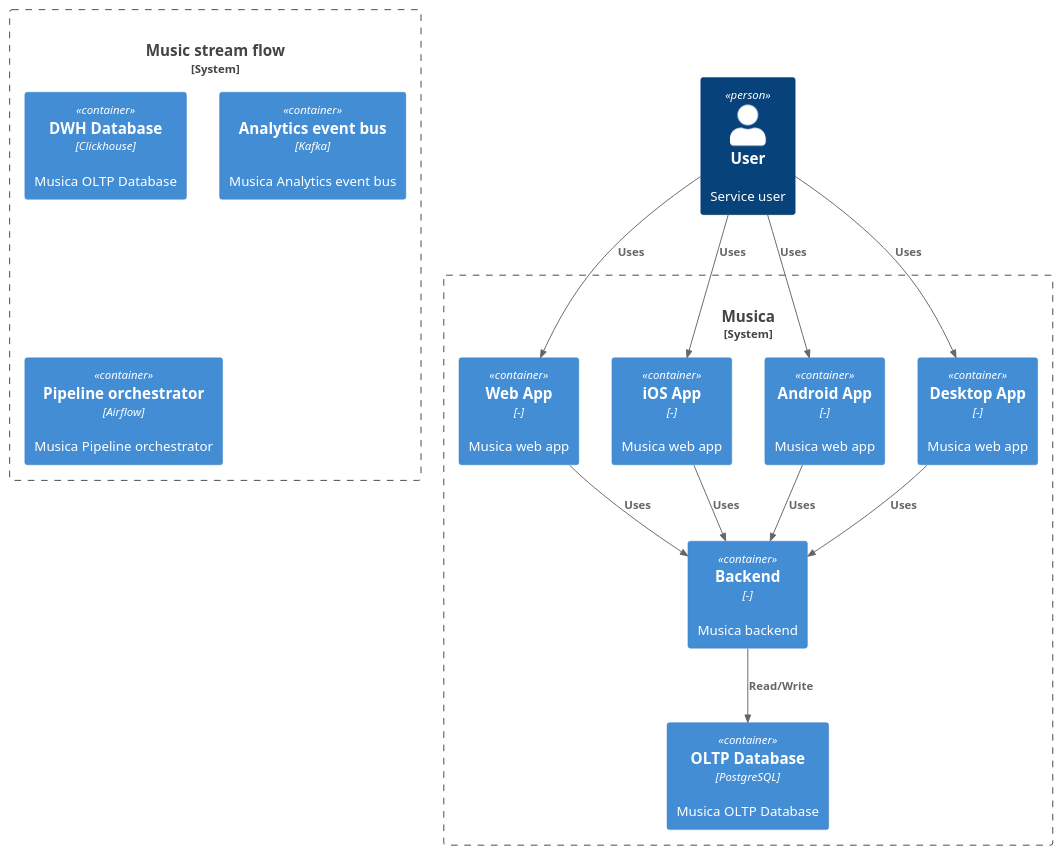
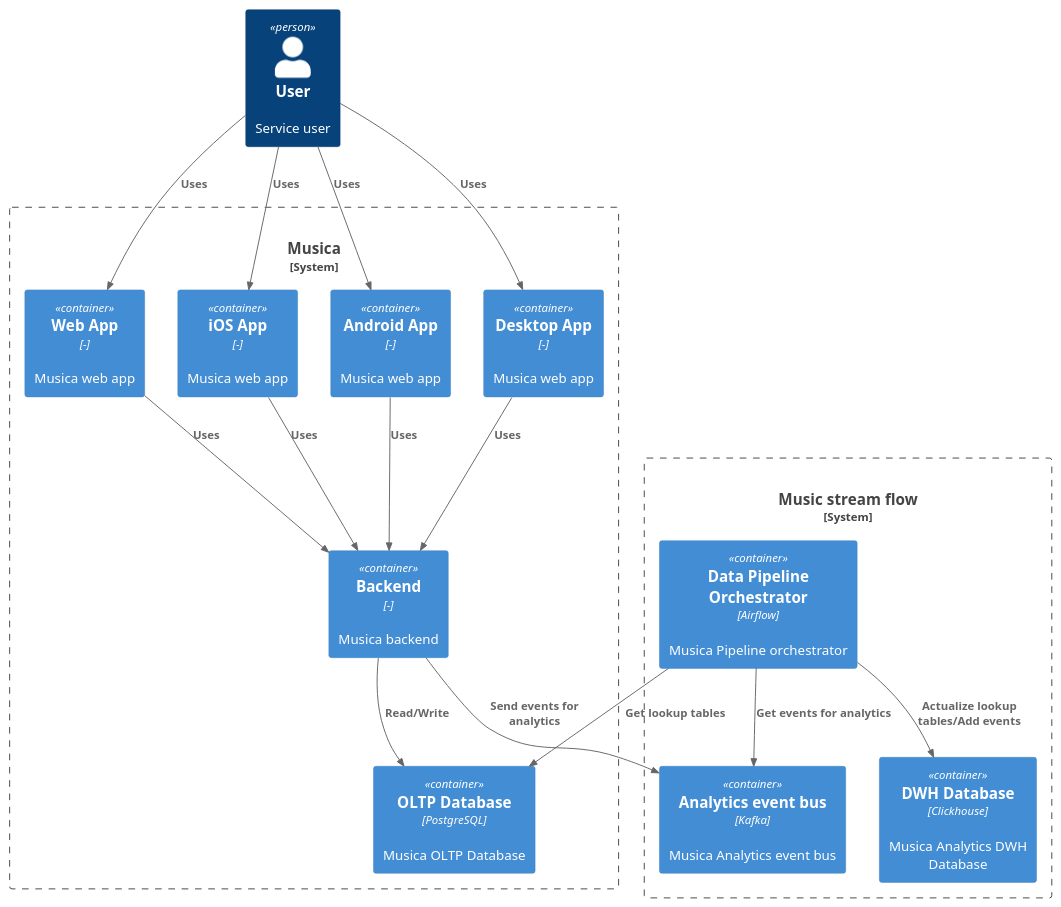
One commit to SINdeletE/music-stream-flow changed the diagram in docs/C4_L2.puml. Above: the diagram before and after it, drawn with PlantUML. The commit also changed 25 other files, not shown here.

```diff
--- a/docs/C4_L2.puml
+++ b/docs/C4_L2.puml
@@ -1,34 +1,40 @@
 @startuml C4-L1-music-stream-flow
 !include <C4/C4_Container>
 Person(userAlias, "User", "Service user")
 
 System_Boundary(musicaAlias, "Musica", "Music Service") {
     Container(musicaWebAppAlias, "Web App", "-",  "Musica web app")
     Container(musicaIOSAlias, "iOS App", "-",  "Musica web app")
     Container(musicaAndroidAlias, "Android App", "-",  "Musica web app")
     Container(musicaDesktopAlias, "Desktop App", "-",  "Musica web app")
 
     Container(musicaBackendAlias, "Backend", "-", "Musica backend")
 
     Container(musicaDatabaseAlias, "OLTP Database", "PostgreSQL", "Musica OLTP Database")
 }
 
 System_Boundary(musicStreamFlowAlias, "Music stream flow", "Musica Analytics Service") {
-    Container(musicaDWHDatabaseAlias, "DWH Database", "Clickhouse", "Musica OLTP Database")
+    Container(musicaDWHDatabaseAlias, "DWH Database", "Clickhouse", "Musica Analytics DWH Database")
 
     Container(musicaEventBusDatabaseAlias, "Analytics event bus", "Kafka", "Musica Analytics event bus")
-    Container(musicaPipelineOrchestratorDatabaseAlias, "Pipeline orchestrator", "Airflow", "Musica Pipeline orchestrator")
+    Container(musicaPipelineOrchestratorDatabaseAlias, "Data Pipeline Orchestrator", "Airflow", "Musica Pipeline orchestrator")
 }
 
 Rel(userAlias, musicaWebAppAlias, "Uses")
 Rel(userAlias, musicaIOSAlias, "Uses")
 Rel(userAlias, musicaAndroidAlias, "Uses")
 Rel(userAlias, musicaDesktopAlias, "Uses")
 
 Rel(musicaWebAppAlias, musicaBackendAlias, "Uses")
 Rel(musicaIOSAlias, musicaBackendAlias, "Uses")
 Rel(musicaAndroidAlias, musicaBackendAlias, "Uses")
 Rel(musicaDesktopAlias, musicaBackendAlias, "Uses")
 
 Rel(musicaBackendAlias, musicaDatabaseAlias, "Read/Write")
+
+Rel(musicaPipelineOrchestratorDatabaseAlias, musicaDatabaseAlias, "Get lookup tables")
+Rel(musicaPipelineOrchestratorDatabaseAlias, musicaDWHDatabaseAlias, "Actualize lookup tables/Add events")
+Rel(musicaBackendAlias, musicaEventBusDatabaseAlias, "Send events for analytics")
+
+Rel(musicaPipelineOrchestratorDatabaseAlias, musicaEventBusDatabaseAlias, "Get events for analytics")
 @enduml
```
